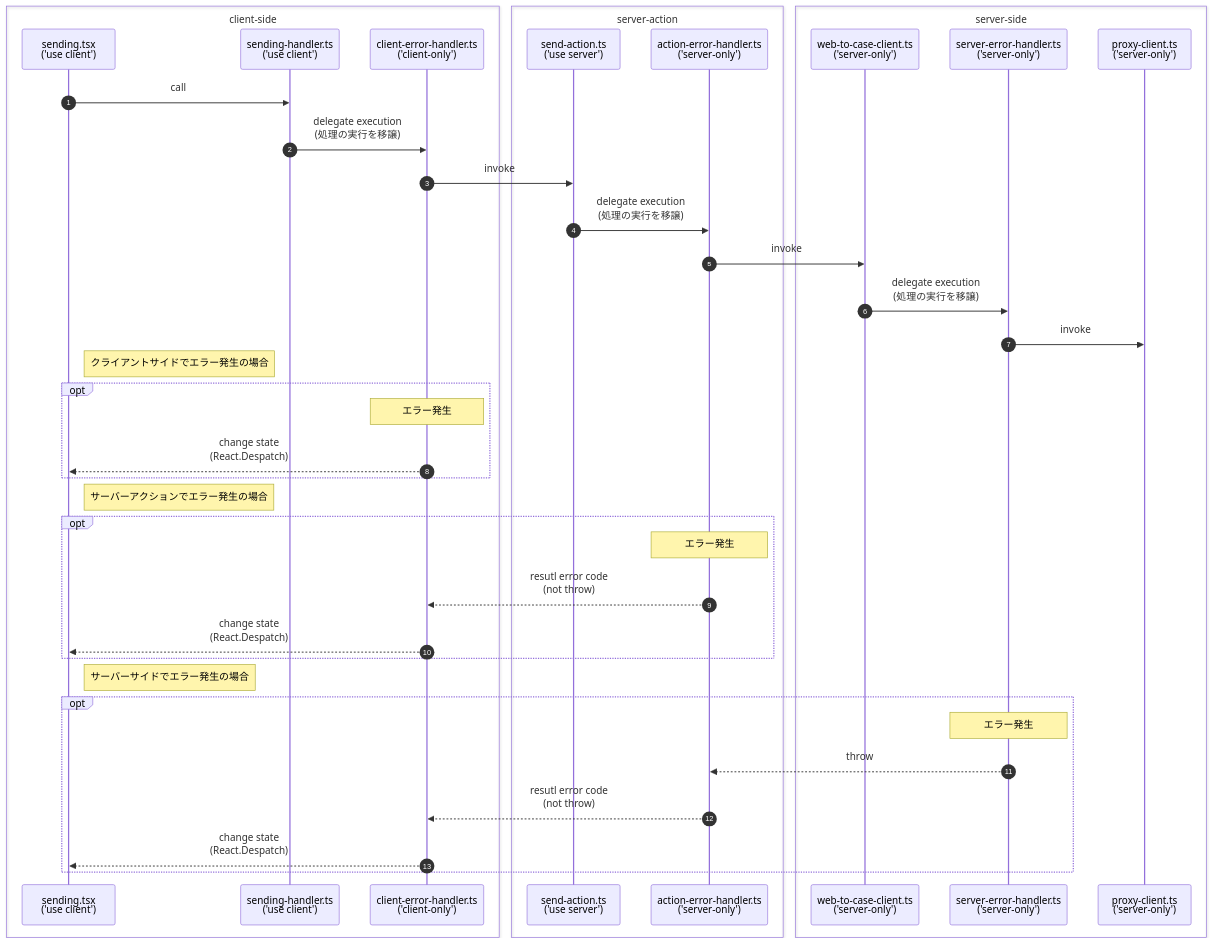
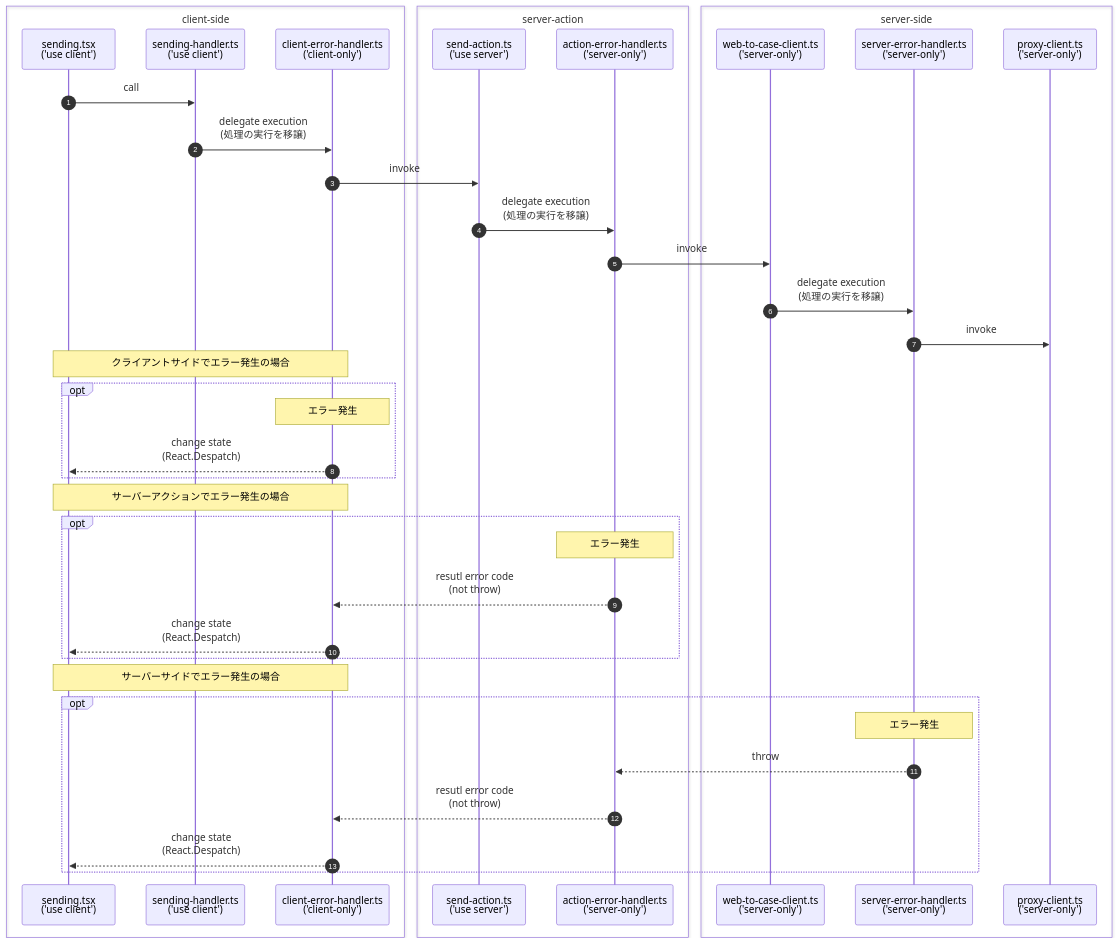
One commit to sudo-yoko/portfolio-nextjs changed the diagram in _docs/contact/error-handling-sequence.md. Above: the diagram before and after it, drawn with Mermaid.

````diff
--- a/_docs/contact/error-handling-sequence.md
+++ b/_docs/contact/error-handling-sequence.md
@@ -1,54 +1,50 @@
 ```mermaid
-
 sequenceDiagram
 autonumber
 
 box client-side
   participant S as sending.tsx<br>('use client')
   participant SH as sending-handler.ts<br>('use client')
   participant CEH as client-error-handler.ts<br>('client-only')
 end
 
 box server-action
   participant SA as send-action.ts<br>('use server')
   participant AEH as action-error-handler.ts<br>('server-only')
 end
 
 box server-side
   participant WCC as web-to-case-client.ts<br>('server-only')
   participant SEH as server-error-handler.ts<br>('server-only')
   participant PC as proxy-client.ts<br>('server-only')
 end
 
 S->>SH: call
 SH->>CEH: delegate execution<br>(処理の実行を移譲)
 CEH->>SA: invoke
 SA->>AEH: delegate execution<br>(処理の実行を移譲)
 AEH->>WCC: invoke
 WCC->>SEH: delegate execution<br>(処理の実行を移譲)
 SEH->>PC: invoke
 
-Note right of S: クライアントサイドでエラー発生の場合
+Note over S,CEH: クライアントサイドでエラー発生の場合
 opt
   Note over CEH: エラー発生
   CEH-->>S: change state<br>(React.Despatch)
 end
 
-Note right of S: サーバーアクションでエラー発生の場合
+Note over S,CEH: サーバーアクションでエラー発生の場合
 opt
   Note over AEH: エラー発生
   AEH-->>CEH: resutl error code<br>(not throw)
   CEH-->>S: change state<br>(React.Despatch)
 end
 
-Note right of S: サーバーサイドでエラー発生の場合
+Note over S,CEH: サーバーサイドでエラー発生の場合
 opt
   Note over SEH: エラー発生
   SEH-->>AEH: throw
   AEH-->>CEH: resutl error code<br>(not throw)
   CEH-->>S: change state<br>(React.Despatch)
 end
-
-
-
 ```
````
